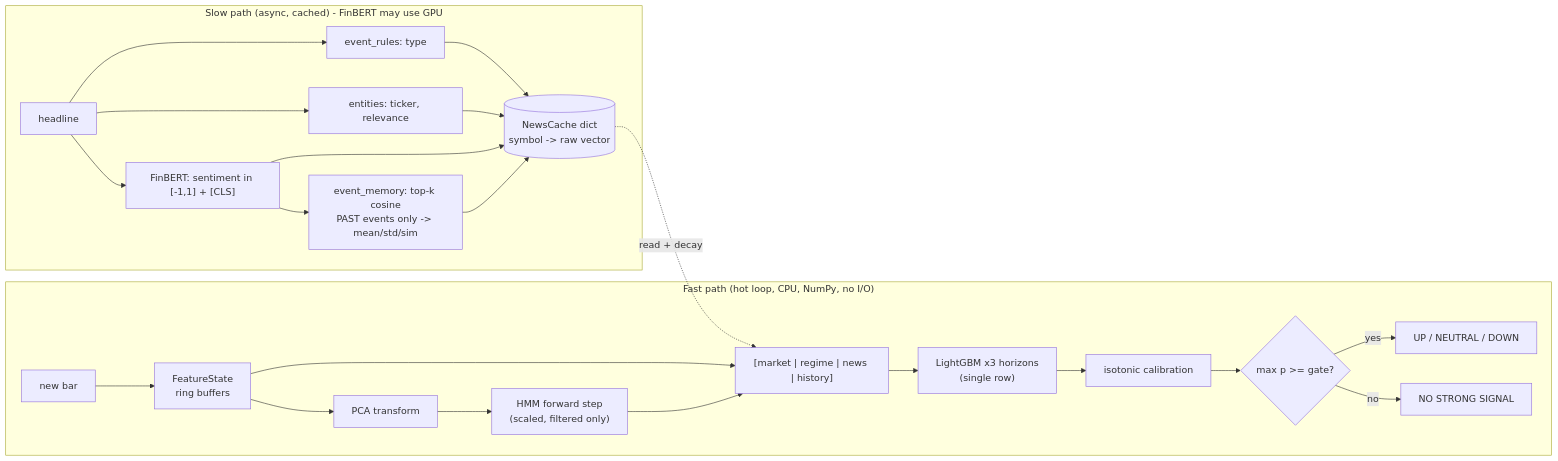
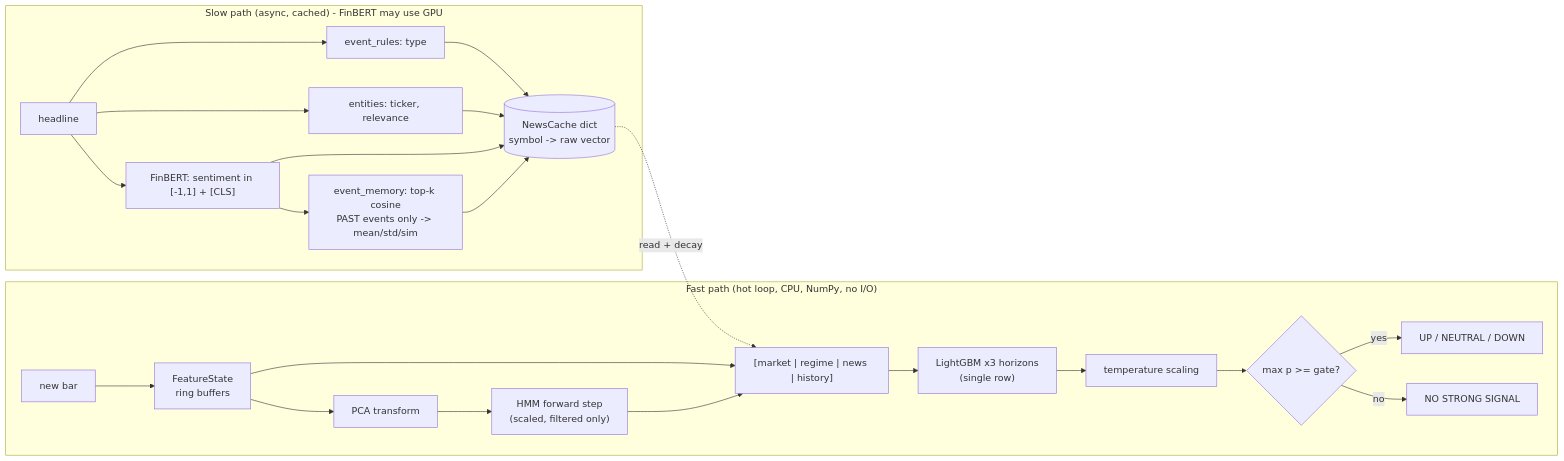
The diagram in README.md (Aswinmuthalraju/FLASH), drawn with Mermaid before and after one commit. The commit also changed other lines of this file and 28 other files, not shown here.

````diff
--- a/README.md
+++ b/README.md
@@ -31,19 +31,19 @@
 ```mermaid
 flowchart LR
   subgraph SLOW["Slow path (async, cached) - FinBERT may use GPU"]
     H[headline] --> R[event_rules: type]
     H --> E[entities: ticker, relevance]
     H --> F["FinBERT: sentiment in [-1,1] + [CLS]"]
     F --> M["event_memory: top-k cosine\nPAST events only -> mean/std/sim"]
     R & E & F & M --> C[(NewsCache dict\nsymbol -> raw vector)]
   end
   subgraph FAST["Fast path (hot loop, CPU, NumPy, no I/O)"]
     B[new bar] --> FS["FeatureState\nring buffers"] --> P["PCA transform"] --> HM["HMM forward step\n(scaled, filtered only)"]
     C -. read + decay .-> X
     FS --> X["[market | regime | news | history]"]
     HM --> X
-    X --> L["LightGBM x3 horizons\n(single row)"] --> CAL["isotonic calibration"] --> G{"max p >= gate?"}
+    X --> L["LightGBM x3 horizons\n(single row)"] --> CAL["temperature scaling"] --> G{"max p >= gate?"}
     G -- yes --> O1[UP / NEUTRAL / DOWN]
     G -- no --> O2[NO STRONG SIGNAL]
   end
 ```
````
